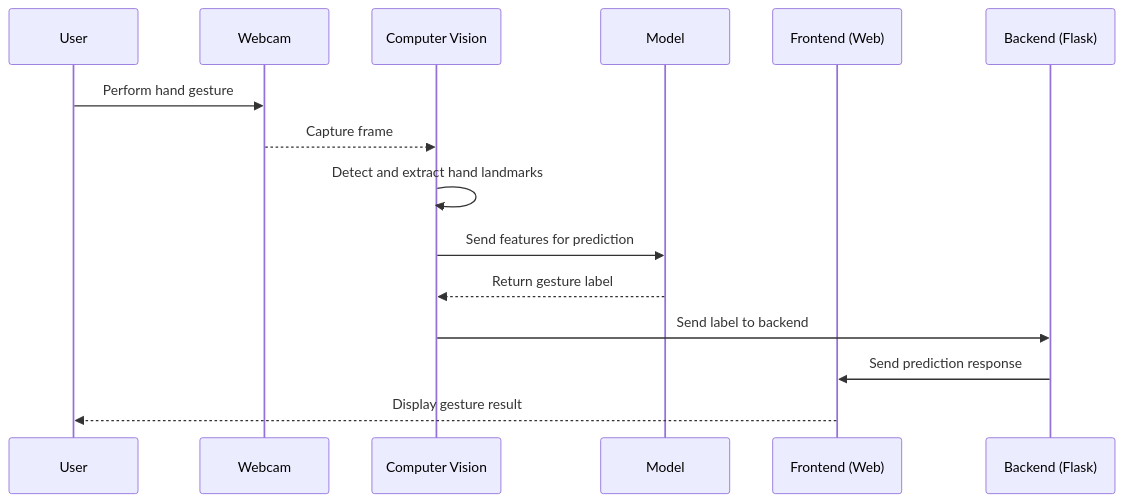
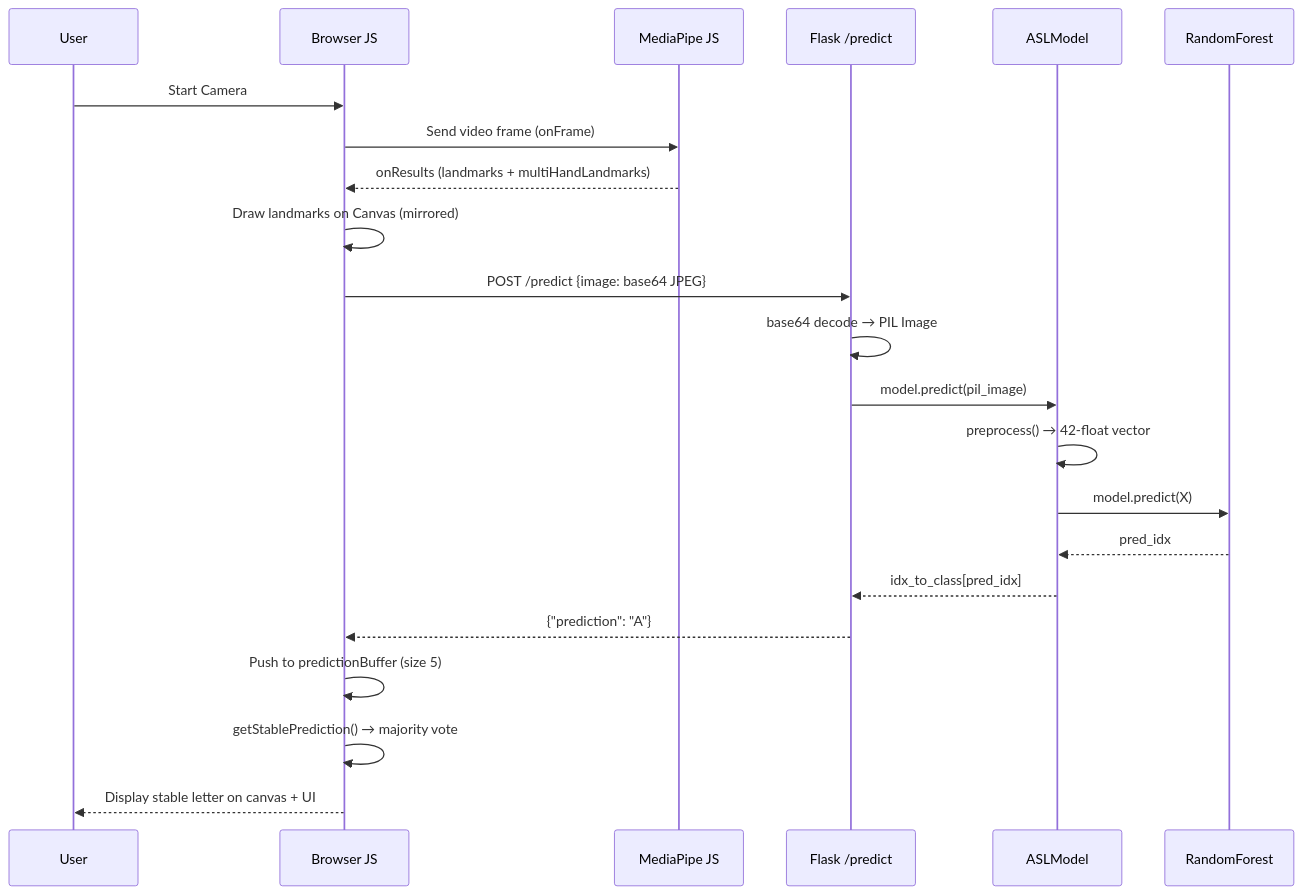
The second of 4 diagrams in README.md (AnupamKumar-1/HandWave), drawn with Mermaid before and after one commit. The commit also changed other lines of this file and 15 other files, not shown here.

````diff
--- a/README.md
+++ b/README.md
@@ -35,18 +108,25 @@
 ```mermaid
 sequenceDiagram
   participant U as User
-  participant C as Webcam
-  participant CV as Computer Vision
-  participant ML as Model
-  participant F as Frontend (Web)
-  participant B as Backend (Flask)
-  
-  U->>C: Perform hand gesture
-  C-->>CV: Capture frame
-  CV->>CV: Detect and extract hand landmarks
-  CV->>ML: Send features for prediction
-  ML-->>CV: Return gesture label
-  CV->>B: Send label to backend
-  B->>F: Send prediction response
-  F-->>U: Display gesture result
+  participant JS as Browser JS
+  participant MP as MediaPipe JS
+  participant Flask as Flask /predict
+  participant ASL as ASLModel
+  participant RF as RandomForest
+
+  U->>JS: Start Camera
+  JS->>MP: Send video frame (onFrame)
+  MP-->>JS: onResults (landmarks + multiHandLandmarks)
+  JS->>JS: Draw landmarks on Canvas (mirrored)
+  JS->>Flask: POST /predict {image: base64 JPEG}
+  Flask->>Flask: base64 decode → PIL Image
+  Flask->>ASL: model.predict(pil_image)
+  ASL->>ASL: preprocess() → 42-float vector
+  ASL->>RF: model.predict(X)
+  RF-->>ASL: pred_idx
+  ASL-->>Flask: idx_to_class[pred_idx]
+  Flask-->>JS: {"prediction": "A"}
+  JS->>JS: Push to predictionBuffer (size 5)
+  JS->>JS: getStablePrediction() → majority vote
+  JS-->>U: Display stable letter on canvas + UI
 ```
````
